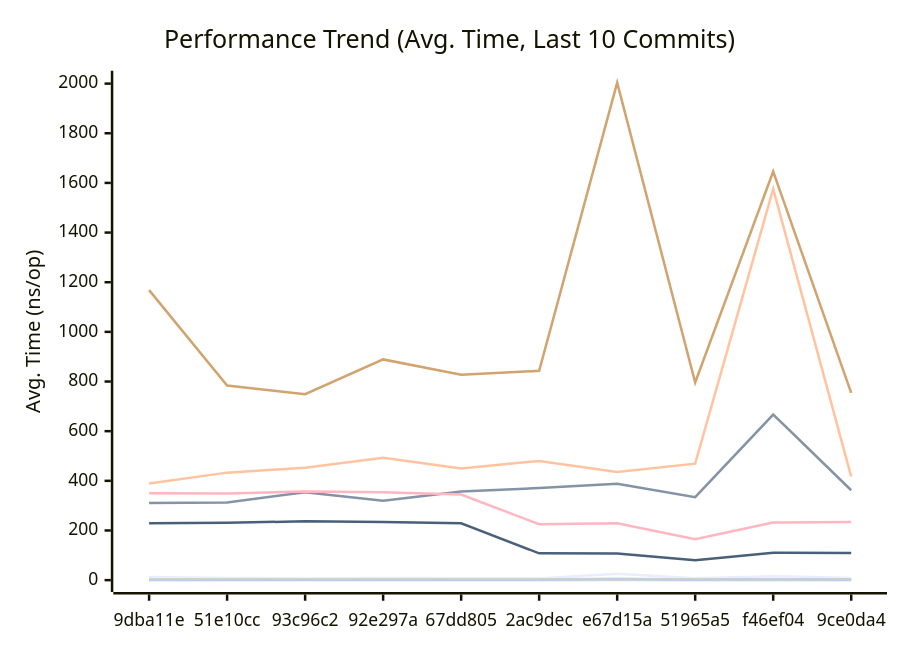
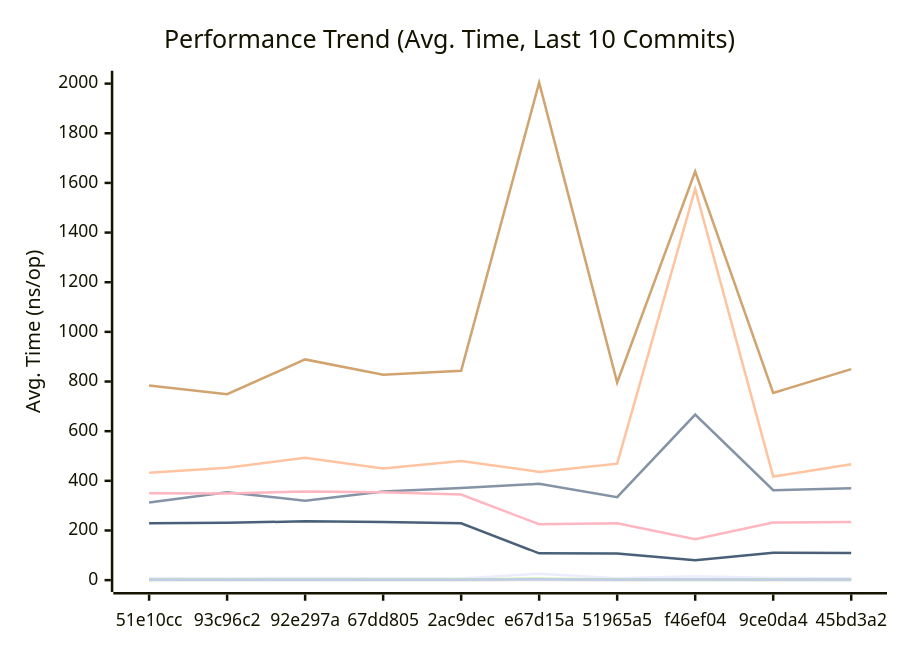
One commit to alsotoes/momo changed the first of 3 diagrams in docs/PERFORMANCE.md. Above: the diagram before and after it, drawn with Mermaid. The commit also changed other lines of this file and 14 other files, not shown here.

````diff
--- a/docs/PERFORMANCE.md
+++ b/docs/PERFORMANCE.md
@@ -80,16 +80,16 @@
 ```mermaid
 xychart-beta
     title "Performance Trend (Avg. Time, Last 10 Commits)"
     x-axis "Commit"
     y-axis "Avg. Time (ns/op)"
-    x-axis [9dba11e,51e10cc,93c96c2,92e297a,67dd805,2ac9dec,e67d15a,51965a5,f46ef04,9ce0da4]
-    line "CheckMetricsAndSwap" [13,9,7,9,8,7,26,8,16,9]
-    line "CrushOptimized" [311,313,354,320,357,371,388,334,667,362]
-    line "CrushOriginal" [389,433,453,493,450,480,436,469,1576,417]
-    line "IndexDirectTracking" [0,0,0,0,0,0,1,0,0,0]
-    line "IndexSearch" [3,3,3,3,3,3,6,3,4,3]
-    line "LoadGlobalConfig" [1168,784,749,889,827,843,2004,796,1646,754]
-    line "PadString" [2,2,2,2,2,2,4,2,4,2]
+    x-axis [51e10cc,93c96c2,92e297a,67dd805,2ac9dec,e67d15a,51965a5,f46ef04,9ce0da4,45bd3a2]
+    line "CheckMetricsAndSwap" [9,7,9,8,7,26,8,16,9,8]
+    line "CrushOptimized" [313,354,320,357,371,388,334,667,362,370]
+    line "CrushOriginal" [433,453,493,450,480,436,469,1576,417,467]
+    line "IndexDirectTracking" [0,0,0,0,0,1,0,0,0,0]
+    line "IndexSearch" [3,3,3,3,3,6,3,4,3,3]
+    line "LoadGlobalConfig" [784,749,889,827,843,2004,796,1646,754,850]
+    line "PadString" [2,2,2,2,2,4,2,4,2,3]
     line "ParseReplicationOrder_NoPrealloc" [350,349,357,354,345,225,229,165,232,234]
     line "ParseReplicationOrder_Prealloc" [229,231,237,234,229,108,107,80,110,109]
 ```
````
